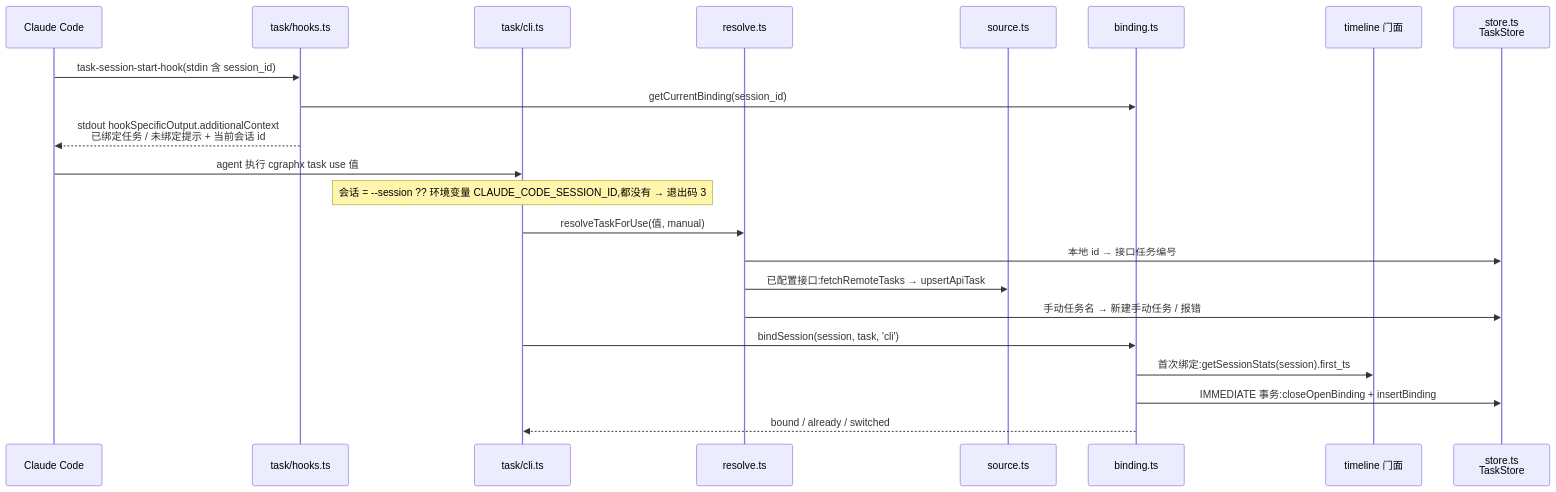
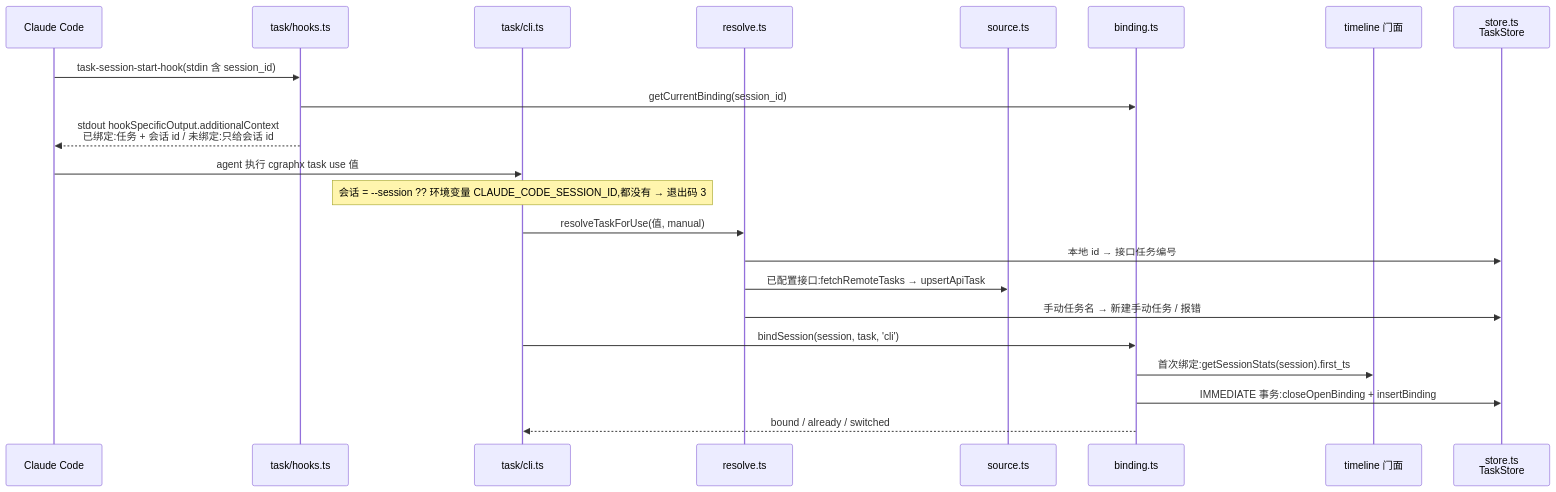
One commit to smdnkB/cgraphx changed the first of 3 diagrams in docs/code-map/flows/开发任务绑定.md. Above: the diagram before and after it, drawn with Mermaid. The commit also changed other lines of this file and 9 other files, not shown here.

First line of the commit message:
docs: 开发任务浏览知识沉淀 + 刷新代码地图

````diff
--- a/docs/code-map/flows/开发任务绑定.md
+++ b/docs/code-map/flows/开发任务绑定.md
@@ -38,25 +39,25 @@
 ```mermaid
 sequenceDiagram
   participant CC as Claude Code
   participant HK as task/hooks.ts
   participant CLI as task/cli.ts
   participant RS as resolve.ts
   participant SRC as source.ts
   participant BD as binding.ts
   participant TL as timeline 门面
   participant ST as store.ts<br/>TaskStore
 
   CC->>HK: task-session-start-hook(stdin 含 session_id)
   HK->>BD: getCurrentBinding(session_id)
-  HK-->>CC: stdout hookSpecificOutput.additionalContext<br/>已绑定任务 / 未绑定提示 + 当前会话 id
+  HK-->>CC: stdout hookSpecificOutput.additionalContext<br/>已绑定:任务 + 会话 id / 未绑定:只给会话 id
   CC->>CLI: agent 执行 cgraphx task use 值
   Note over CLI: 会话 = --session ?? 环境变量 CLAUDE_CODE_SESSION_ID,都没有 → 退出码 3
   CLI->>RS: resolveTaskForUse(值, manual)
   RS->>ST: 本地 id → 接口任务编号
   RS->>SRC: 已配置接口:fetchRemoteTasks → upsertApiTask
   RS->>ST: 手动任务名 → 新建手动任务 / 报错
   CLI->>BD: bindSession(session, task, 'cli')
   BD->>TL: 首次绑定:getSessionStats(session).first_ts
   BD->>ST: IMMEDIATE 事务:closeOpenBinding + insertBinding
   BD-->>CLI: bound / already / switched
 ```
````
